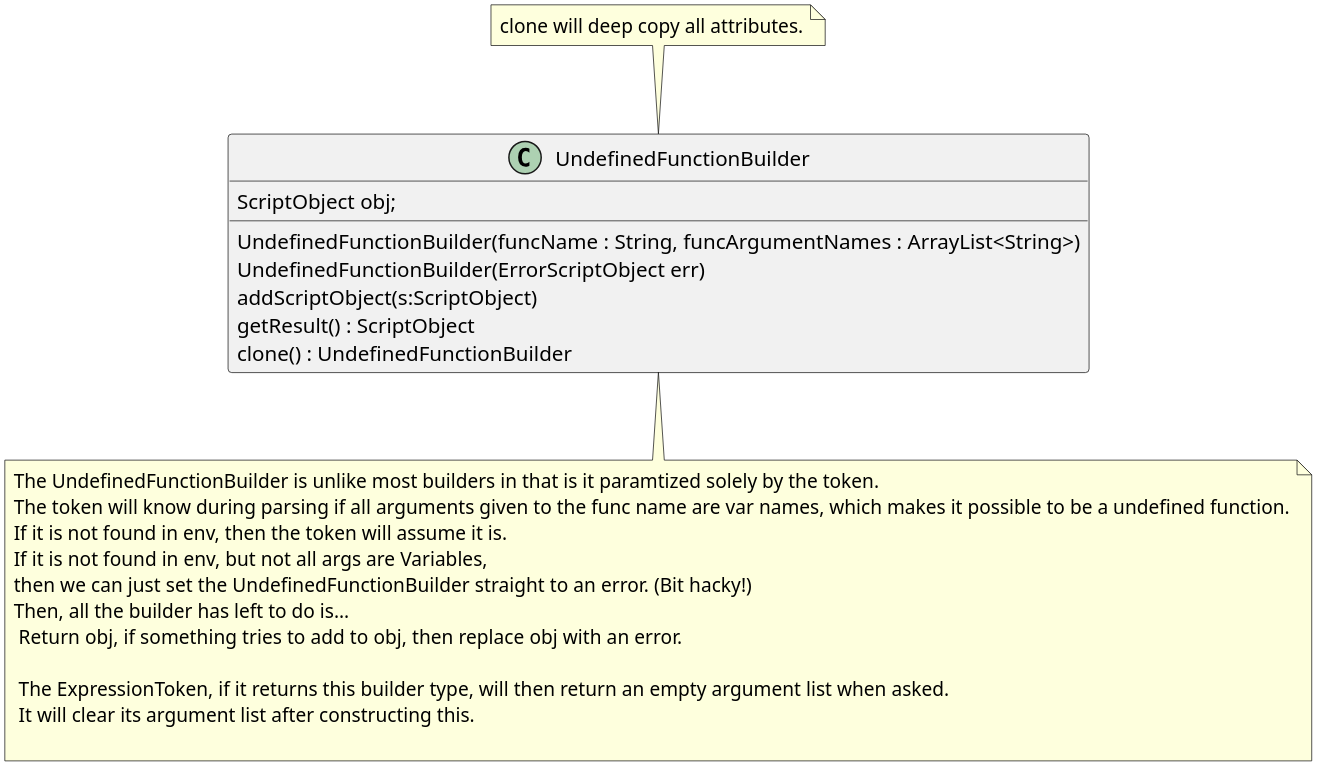
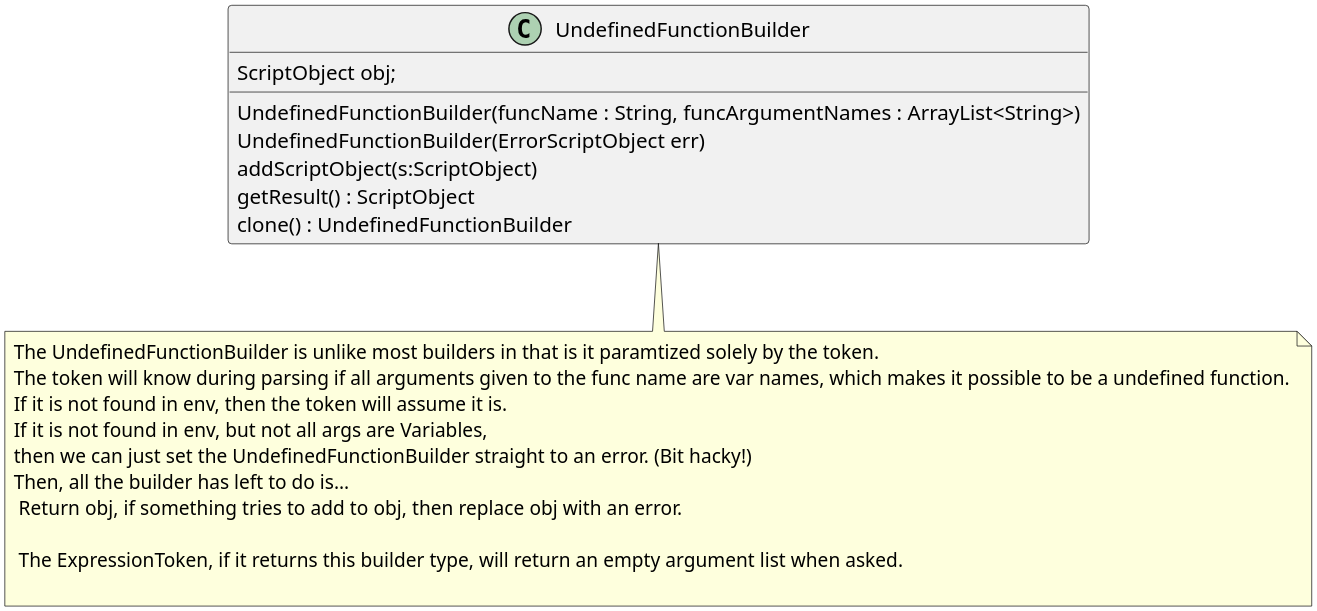
One commit to MatthewBregg/DesignPatternsRepo changed the diagram in Builder/UndefinedFunctionBuilder.org. Above: the diagram before and after it, drawn with PlantUML. The commit also changed 19 other files, not shown here.

```diff
--- a/Builder/UndefinedFunctionBuilder.org
+++ b/Builder/UndefinedFunctionBuilder.org
@@ -1,26 +1,24 @@
 #+BEGIN_SRC plantuml :file UndefinedFunctionBuilder.png
 skinparam dpi 300
 
 class UndefinedFunctionBuilder
 UndefinedFunctionBuilder : ScriptObject obj;
 UndefinedFunctionBuilder : UndefinedFunctionBuilder(funcName : String, funcArgumentNames : ArrayList<String>)
 UndefinedFunctionBuilder : UndefinedFunctionBuilder(ErrorScriptObject err)
 UndefinedFunctionBuilder : addScriptObject(s:ScriptObject)
 UndefinedFunctionBuilder : getResult() : ScriptObject
 UndefinedFunctionBuilder : clone() : UndefinedFunctionBuilder
-note top : clone will deep copy all attributes.
 
 note bottom of UndefinedFunctionBuilder
  The UndefinedFunctionBuilder is unlike most builders in that is it paramtized solely by the token.  
  The token will know during parsing if all arguments given to the func name are var names, which makes it possible to be a undefined function.
  If it is not found in env, then the token will assume it is. 
  If it is not found in env, but not all args are Variables,
  then we can just set the UndefinedFunctionBuilder straight to an error. (Bit hacky!)
  Then, all the builder has left to do is...
   Return obj, if something tries to add to obj, then replace obj with an error. 
 
-  The ExpressionToken, if it returns this builder type, will then return an empty argument list when asked.
-  It will clear its argument list after constructing this. 
+  The ExpressionToken, if it returns this builder type, will return an empty argument list when asked.
 
 end note
 #+END_SRC
```
